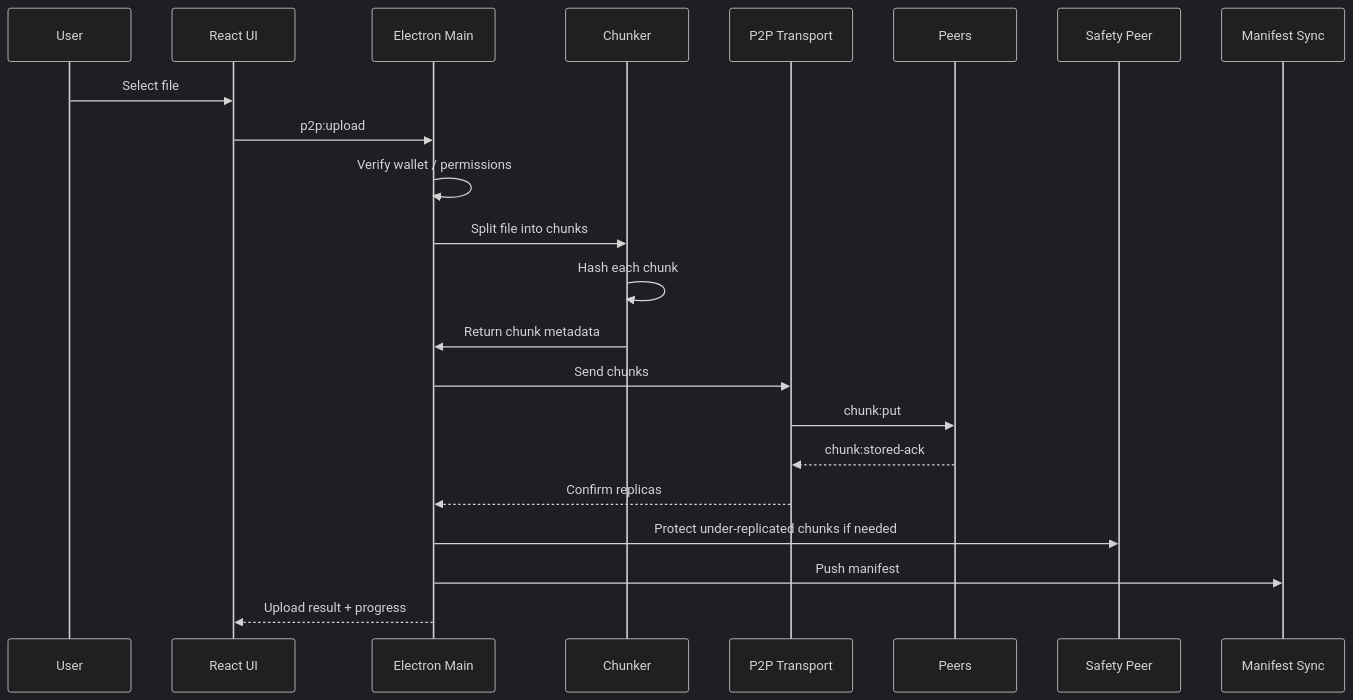
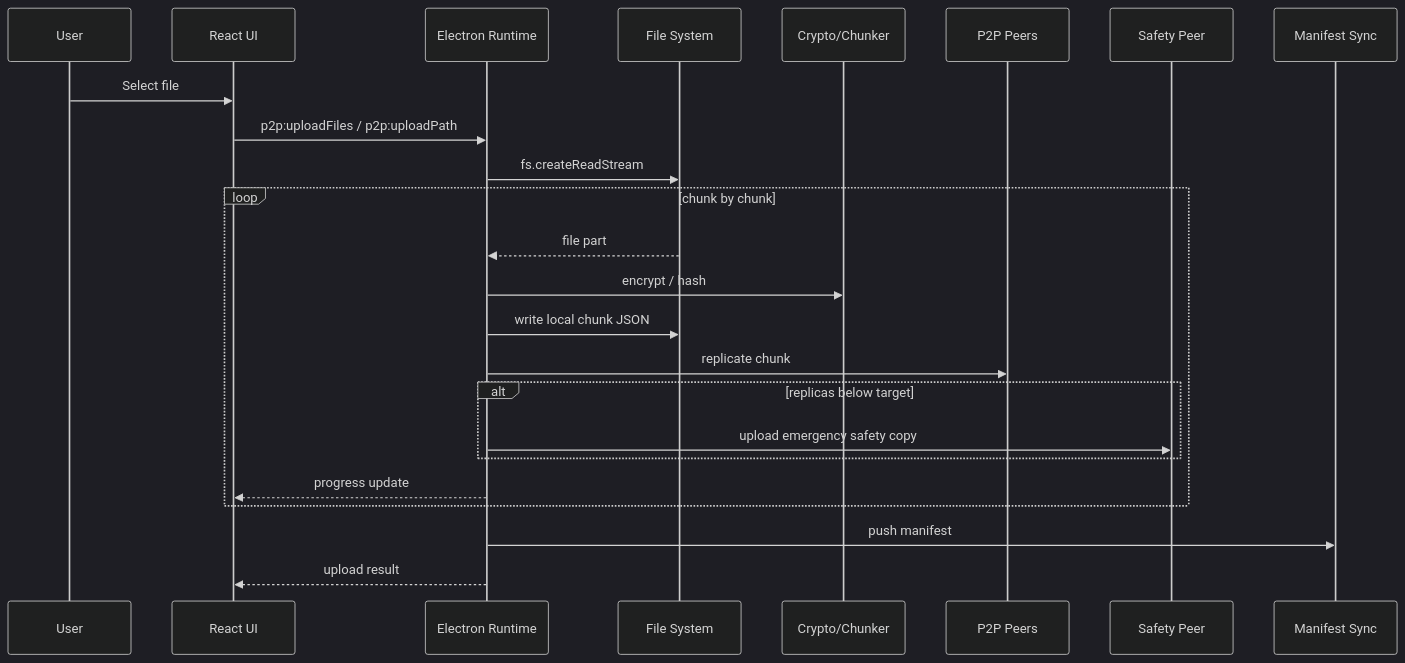
One commit to DiyaAshour/p2p-cloud changed the second of 4 diagrams in المرجع.md. Above: the diagram before and after it, drawn with Mermaid (dark theme). The commit also changed other lines of this file, not shown here.

Commit message:
docs: update engineering reference with current runtime status

````diff
--- a/المرجع.md
+++ b/المرجع.md
@@ -141,25 +184,27 @@
 ```mermaid
 sequenceDiagram
     participant U as User
     participant UI as React UI
-    participant M as Electron Main
-    participant C as Chunker
-    participant T as P2P Transport
-    participant P as Peers
+    participant E as Electron Runtime
+    participant FS as File System
+    participant C as Crypto/Chunker
+    participant P as P2P Peers
     participant S as Safety Peer
-    participant MS as Manifest Sync
+    participant M as Manifest Sync
 
     U->>UI: Select file
-    UI->>M: p2p:upload
-    M->>M: Verify wallet / permissions
-    M->>C: Split file into chunks
-    C->>C: Hash each chunk
-    C->>M: Return chunk metadata
-    M->>T: Send chunks
-    T->>P: chunk:put
-    P-->>T: chunk:stored-ack
-    T-->>M: Confirm replicas
-    M->>S: Protect under-replicated chunks if needed
-    M->>MS: Push manifest
-    M-->>UI: Upload result + progress
+    UI->>E: p2p:uploadFiles / p2p:uploadPath
+    E->>FS: fs.createReadStream
+    loop chunk by chunk
+        FS-->>E: file part
+        E->>C: encrypt / hash
+        E->>FS: write local chunk JSON
+        E->>P: replicate chunk
+        alt replicas below target
+            E->>S: upload emergency safety copy
+        end
+        E-->>UI: progress update
+    end
+    E->>M: push manifest
+    E-->>UI: upload result
 ```
````
